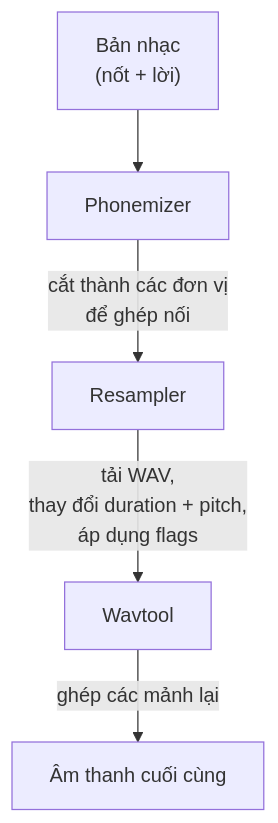
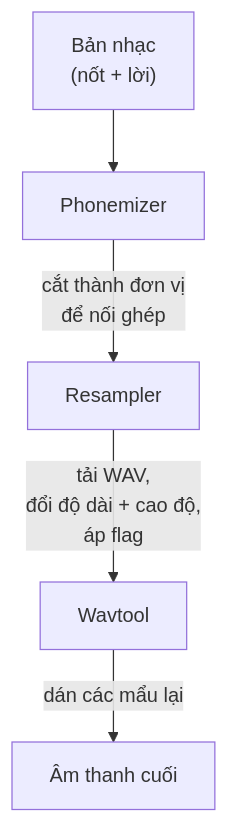
Before and after one commit to fox3000foxy/fox3000foxy.github.io: the second of 2 diagrams in public/articles/vi/utau.md, drawn with Mermaid. The commit also changed other lines of this file and 576 other files, not shown here.

````diff
--- a/public/articles/vi/utau.md
+++ b/public/articles/vi/utau.md
@@ -118,7 +118,7 @@
 ```mermaid
 flowchart TD
     A["Bản nhạc<br/>(nốt + lời)"] --> B[Phonemizer]
-    B -->|"cắt thành các đơn vị<br/>để ghép nối"| C[Resampler]
-    C -->|"tải WAV,<br/>thay đổi duration + pitch,<br/>áp dụng flags"| D[Wavtool]
-    D -->|"ghép các mảnh lại"| E["Âm thanh cuối cùng"]
+    B -->|"cắt thành đơn vị<br/>để nối ghép"| C[Resampler]
+    C -->|"tải WAV,<br/>đổi độ dài + cao độ,<br/>áp flag"| D[Wavtool]
+    D -->|"dán các mẩu lại"| E["Âm thanh cuối"]
 ```
````
